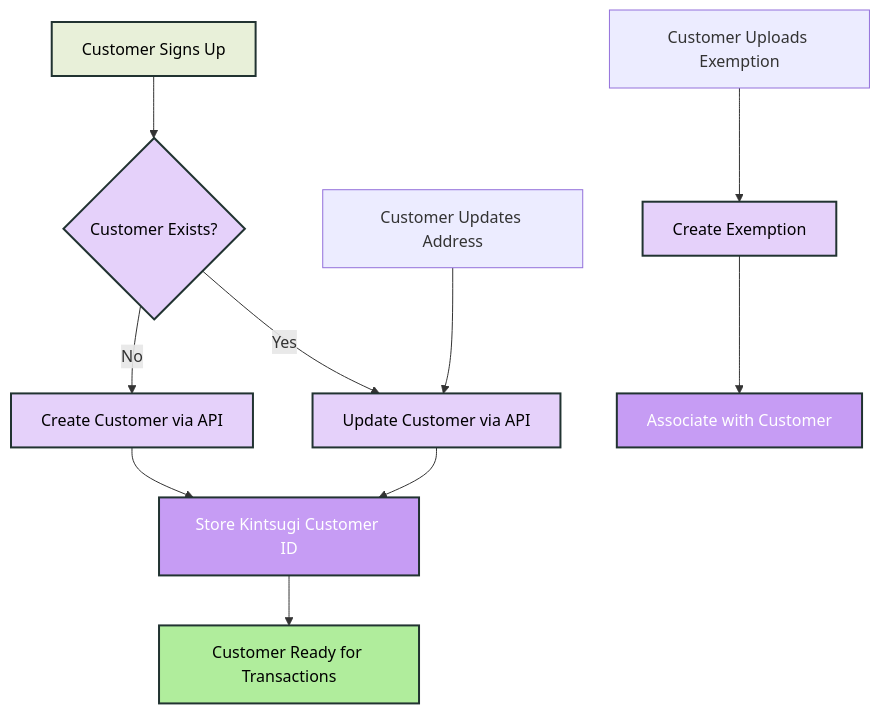
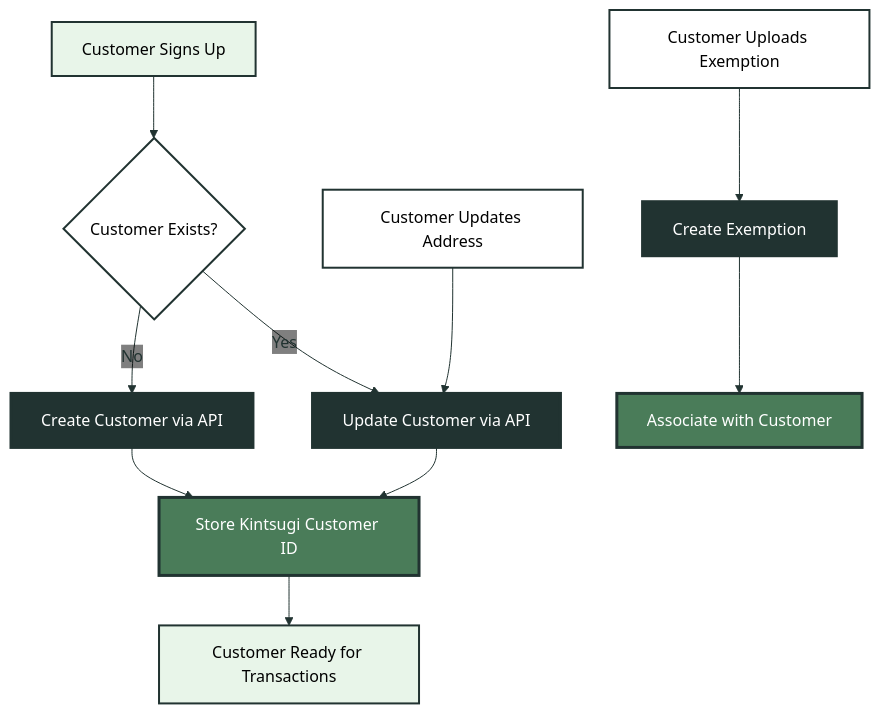
One commit to kintsugi-tax/docs-v2 changed the second of 5 diagrams in docs/guides/integrating-kintsugis-api.mdx. Above: the diagram before and after it, drawn with Mermaid. The commit also changed other lines of this file and 6 other files, not shown here.

Commit message:
fix mermaid diagram appearance in dark mode

````diff
--- a/docs/guides/integrating-kintsugis-api.mdx
+++ b/docs/guides/integrating-kintsugis-api.mdx
@@ -73,22 +78,25 @@
 ```mermaid
+%%{init: {'theme':'base', 'themeVariables': {'primaryColor':'#FFFFFF','primaryTextColor':'#213331','primaryBorderColor':'#213331','lineColor':'#213331','secondaryColor':'#FFFFFF','tertiaryColor':'#213331','edgeLabelBackground':'transparent','edgeStrokeWidth':'2px','edgeStroke':'#213331','arrowheadColor':'#213331','clusterBkg':'transparent','clusterBorder':'#213331','defaultLinkColor':'#213331'}}}%%
 flowchart TD
     A[Customer Signs Up] --> B{Customer Exists?}
     B -->|No| C[Create Customer via API]
     B -->|Yes| D[Update Customer via API]
     C --> E[Store Kintsugi Customer ID]
     D --> E
     E --> F[Customer Ready for Transactions]
     
     G[Customer Updates Address] --> D
     H[Customer Uploads Exemption] --> I[Create Exemption]
     I --> J[Associate with Customer]
     
-    style A fill:#E8F0D9,stroke:#213331,stroke-width:2px,color:#000000
-    style B fill:#E5D1FA,stroke:#213331,stroke-width:2px,color:#000000
-    style C fill:#E5D1FA,stroke:#213331,stroke-width:2px,color:#000000
-    style D fill:#E5D1FA,stroke:#213331,stroke-width:2px,color:#000000
-    style E fill:#C69CF4,stroke:#213331,stroke-width:2px,color:#FFFFFF
-    style F fill:#B0ED9C,stroke:#213331,stroke-width:2px,color:#000000
-    style I fill:#E5D1FA,stroke:#213331,stroke-width:2px,color:#000000
-    style J fill:#C69CF4,stroke:#213331,stroke-width:2px,color:#FFFFFF
+    style A fill:#e8f5e9,stroke:#213331,stroke-width:2px,color:#000000
+    style B fill:#FFFFFF,stroke:#213331,stroke-width:2px,color:#000000
+    style C fill:#213331,stroke:#213331,stroke-width:3px,color:#FFFFFF
+    style D fill:#213331,stroke:#213331,stroke-width:3px,color:#FFFFFF
+    style E fill:#4a7c59,stroke:#213331,stroke-width:3px,color:#FFFFFF
+    style F fill:#e8f5e9,stroke:#213331,stroke-width:2px,color:#000000
+    style G fill:#FFFFFF,stroke:#213331,stroke-width:2px,color:#000000
+    style H fill:#FFFFFF,stroke:#213331,stroke-width:2px,color:#000000
+    style I fill:#213331,stroke:#213331,stroke-width:3px,color:#FFFFFF
+    style J fill:#4a7c59,stroke:#213331,stroke-width:3px,color:#FFFFFF
 ```
````
